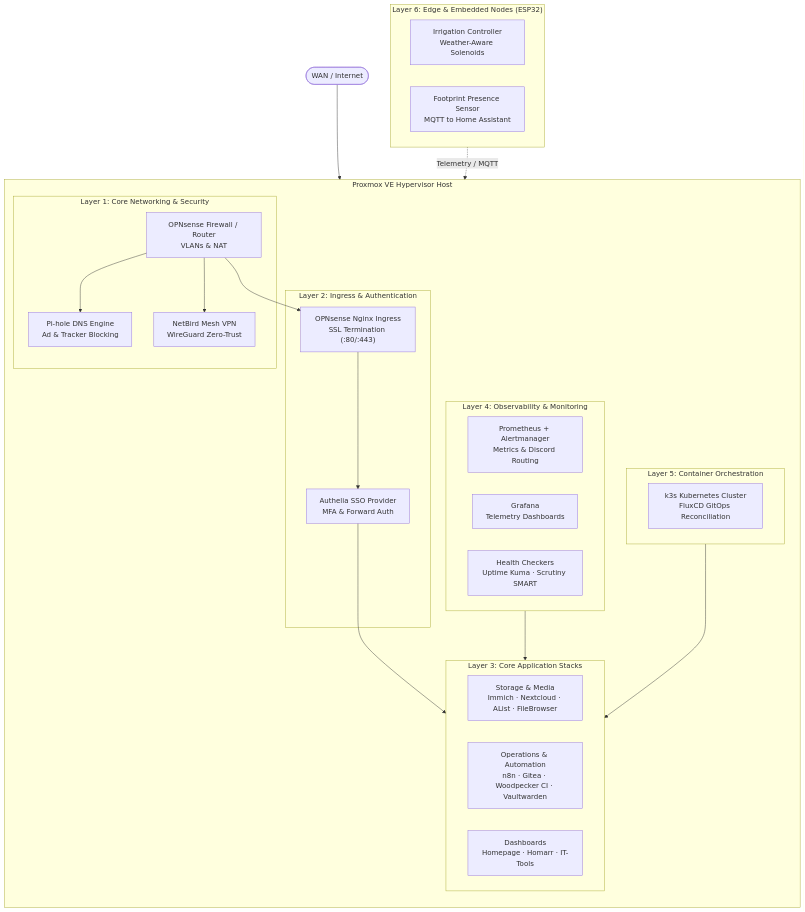
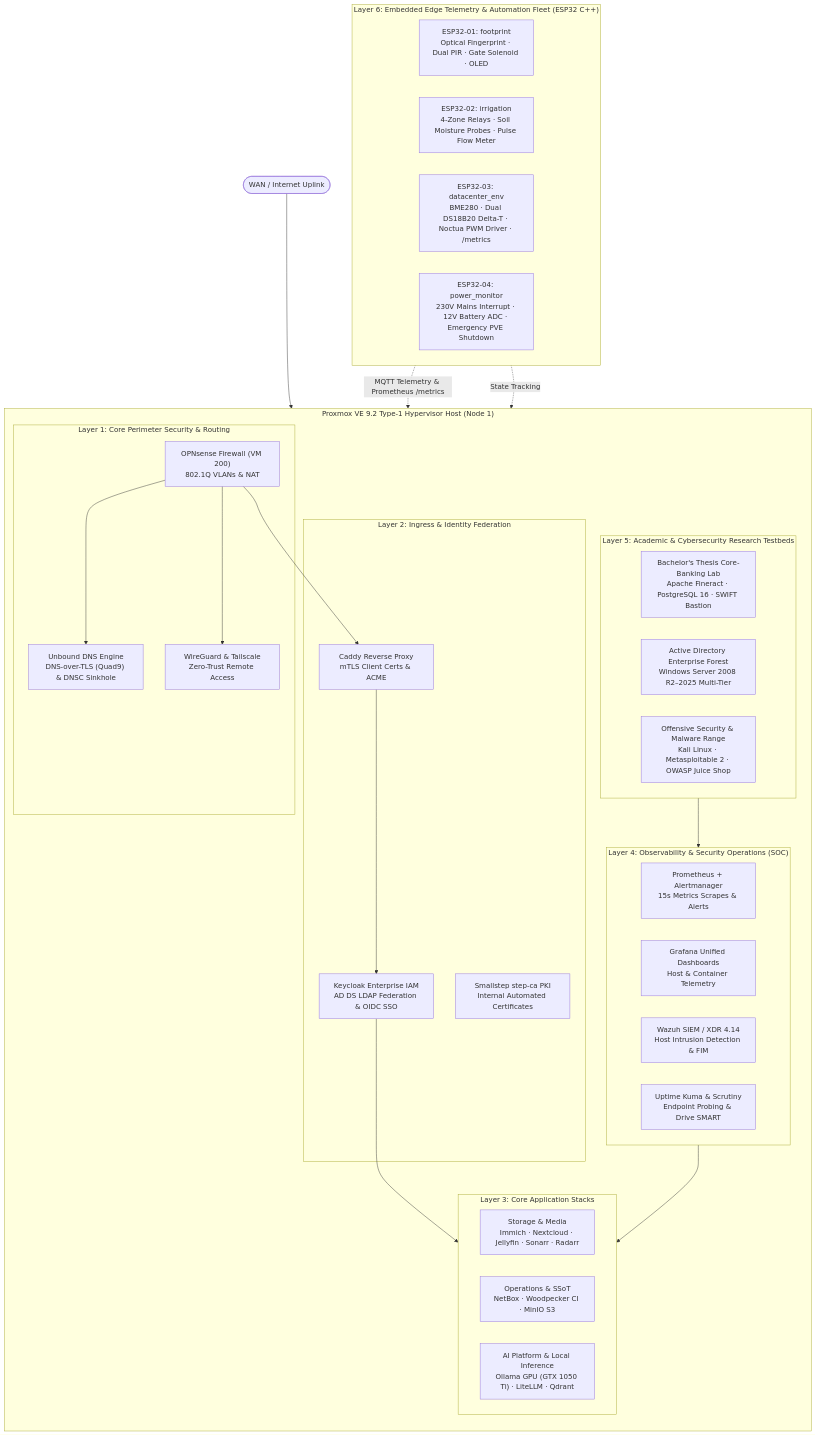
The diagram in wiki/Home.md (stefanutc1/infrastructure), drawn with Mermaid before and after one commit. The commit also changed other lines of this file and 64 other files, not shown here.

Commit message:
feat(enterprise): redesign documentation suite, esp32 firmware, and zero-cost cloud guardrails

````diff
--- a/wiki/Home.md
+++ b/wiki/Home.md
@@ -5,64 +16,57 @@
 ```mermaid
 flowchart TB
-    Internet([" WAN / Internet"])
+    Internet([" WAN / Internet Uplink"])
 
-    subgraph PVE["Proxmox VE Hypervisor Host"]
+    subgraph PVE["Proxmox VE 9.2 Type-1 Hypervisor Host (Node 1)"]
         direction TB
 
-        subgraph CORE["Layer 1: Core Networking & Security"]
-            OPN["OPNsense Firewall / Router
-VLANs & NAT"]
-            DNS["Pi-hole DNS Engine
-Ad & Tracker Blocking"]
-            VPN["NetBird Mesh VPN
-WireGuard Zero-Trust"]
+        subgraph CORE["Layer 1: Core Perimeter Security & Routing"]
+            OPN["OPNsense Firewall (VM 200)<br/>802.1Q VLANs & NAT"]
+            DNS["Unbound DNS Engine<br/>DNS-over-TLS (Quad9) & DNSC Sinkhole"]
+            VPN["WireGuard & Tailscale<br/>Zero-Trust Remote Access"]
         end
 
-        subgraph INGRESS["Layer 2: Ingress & Authentication"]
-            NPM["OPNsense Nginx Ingress
-SSL Termination (:80/:443)"]
-            AUTH["Authelia SSO Provider
-MFA & Forward Auth"]
+        subgraph INGRESS["Layer 2: Ingress & Identity Federation"]
+            CADDY["Caddy Reverse Proxy<br/>mTLS Client Certs & ACME"]
+            KEYCLOAK["Keycloak Enterprise IAM<br/>AD DS LDAP Federation & OIDC SSO"]
+            STEPCA["Smallstep step-ca PKI<br/>Internal Automated Certificates"]
         end
 
         subgraph PLATFORM["Layer 3: Core Application Stacks"]
-            STORAGE["Storage & Media
-Immich · Nextcloud · AList · FileBrowser"]
-            OPS["Operations & Automation
-n8n · Gitea · Woodpecker CI · Vaultwarden"]
-            DASH["Dashboards
-Homepage · Homarr · IT-Tools"]
+            STORAGE["Storage & Media<br/>Immich · Nextcloud · Jellyfin · Sonarr · Radarr"]
+            OPS["Operations & SSoT<br/>NetBox · Woodpecker CI · MinIO S3"]
+            AI["AI Platform & Local Inference<br/>Ollama GPU (GTX 1050 Ti) · LiteLLM · Qdrant"]
         end
 
-        subgraph OBS["Layer 4: Observability & Monitoring"]
-            PROM["Prometheus + Alertmanager
-Metrics & Discord Routing"]
-            GRAF["Grafana
-Telemetry Dashboards"]
-            HEALTH["Health Checkers
-Uptime Kuma · Scrutiny SMART"]
+        subgraph OBS["Layer 4: Observability & Security Operations (SOC)"]
+            PROM["Prometheus + Alertmanager<br/>15s Metrics Scrapes & Alerts"]
+            GRAF["Grafana Unified Dashboards<br/>Host & Container Telemetry"]
+            WAZUH["Wazuh SIEM / XDR 4.14<br/>Host Intrusion Detection & FIM"]
+            HEALTH["Uptime Kuma & Scrutiny<br/>Endpoint Probing & Drive SMART"]
         end
 
-        subgraph K8S["Layer 5: Container Orchestration"]
-            K3S["k3s Kubernetes Cluster
-FluxCD GitOps Reconciliation"]
+        subgraph RESEARCH["Layer 5: Academic & Cybersecurity Research Testbeds"]
+            LICENTA["Bachelor's Thesis Core-Banking Lab<br/>Apache Fineract · PostgreSQL 16 · SWIFT Bastion"]
+            AD["Active Directory Enterprise Forest<br/>Windows Server 2008 R2–2025 Multi-Tier"]
+            CYBER["Offensive Security & Malware Range<br/>Kali Linux · Metasploitable 2 · OWASP Juice Shop"]
         end
     end
 
-    subgraph EDGE["Layer 6: Edge & Embedded Nodes (ESP32)"]
-        IRR["Irrigation Controller
-Weather-Aware Solenoids"]
-        PIR["Footprint Presence Sensor
-MQTT to Home Assistant"]
+    subgraph EDGE["Layer 6: Embedded Edge Telemetry & Automation Fleet (ESP32 C++)"]
+        EDGE1["ESP32-01: footprint<br/>Optical Fingerprint · Dual PIR · Gate Solenoid · OLED"]
+        EDGE2["ESP32-02: irrigation<br/>4-Zone Relays · Soil Moisture Probes · Pulse Flow Meter"]
+        EDGE3["ESP32-03: datacenter_env<br/>BME280 · Dual DS18B20 Delta-T · Noctua PWM Driver · /metrics"]
+        EDGE4["ESP32-04: power_monitor<br/>230V Mains Interrupt · 12V Battery ADC · Emergency PVE Shutdown"]
     end
 
     Internet --> OPN
-    OPN --> NPM
-    NPM --> AUTH
-    AUTH --> PLATFORM
+    OPN --> CADDY
+    CADDY --> KEYCLOAK
+    KEYCLOAK --> PLATFORM
     OPN --> DNS
     OPN --> VPN
     OBS --> PLATFORM
-    K8S --> PLATFORM
-    EDGE -.->|"Telemetry / MQTT"| PLATFORM
+    RESEARCH --> OBS
+    EDGE -.->|"MQTT Telemetry & Prometheus /metrics"| OBS
+    EDGE -.->|"State Tracking"| PLATFORM
 ```
````
